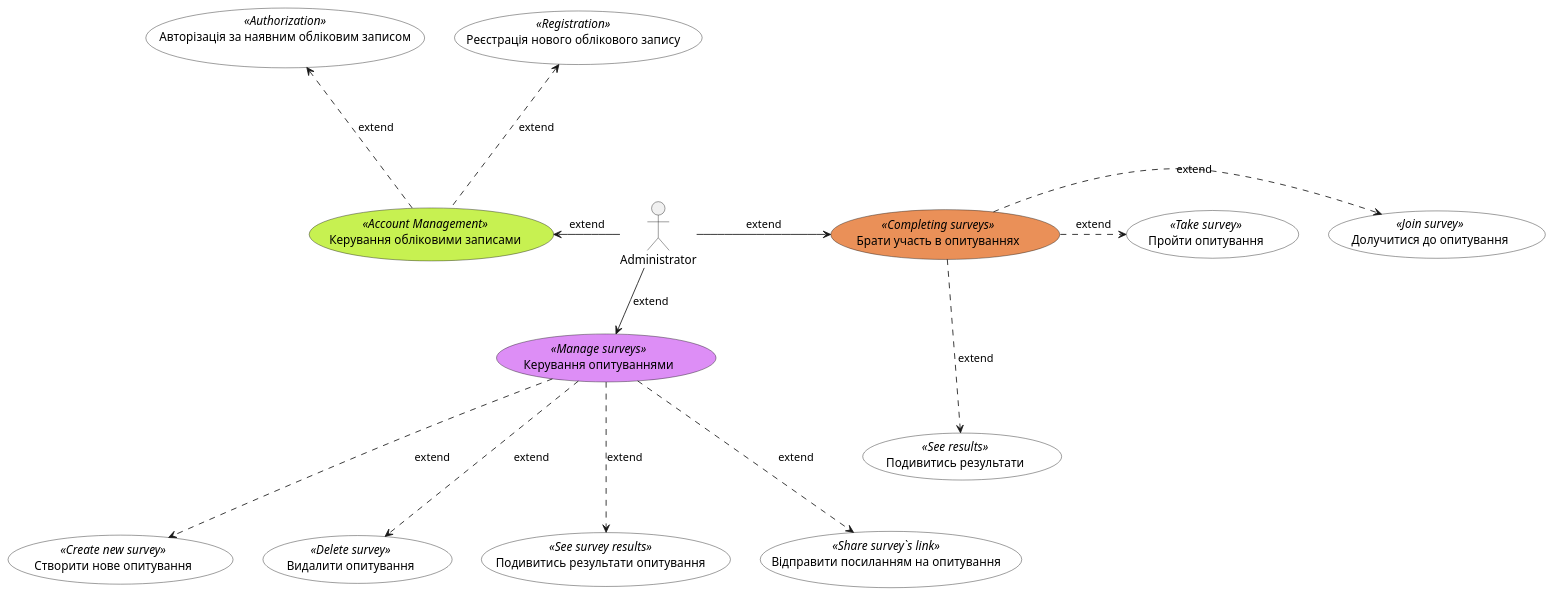
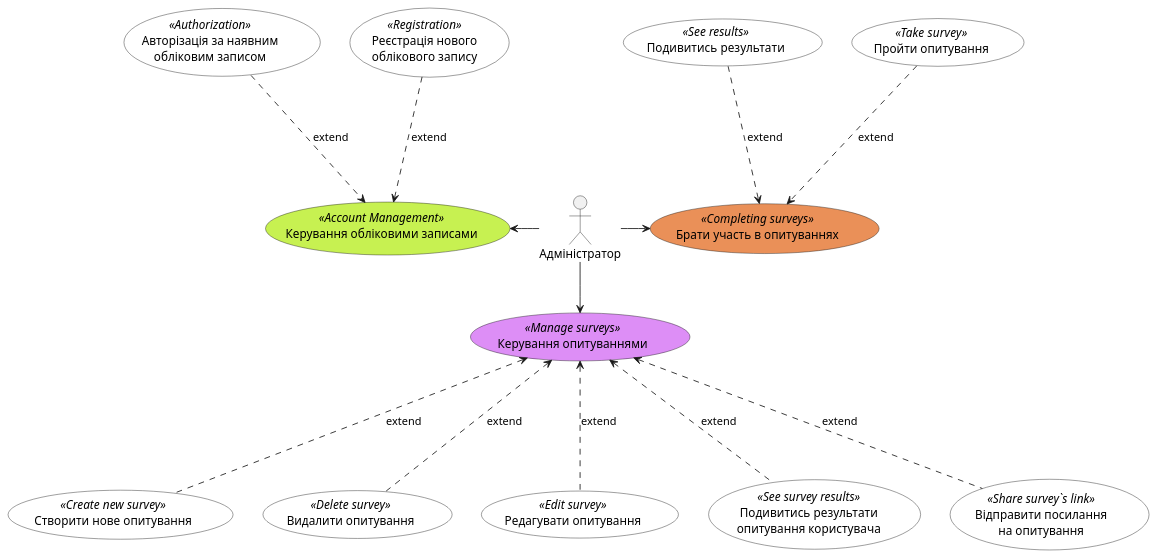
One commit to manabr0w/DB_COURSE_WORK changed the fifth of 6 diagrams in docs/use cases/README.md. Above: the diagram before and after it, drawn with PlantUML. The commit also changed other lines of this file, not shown here.

Commit message:
Update README.md
added "edit survey" use case, removed "join survey" use case for admin and user

```diff
--- a/docs/use cases/README.md
+++ b/docs/use cases/README.md
@@ -197,42 +197,42 @@
 @startuml
 
-    actor "Administrator" as Admin
+    actor "Адміністратор" as Admin
 '----------------------------------------------------------------
     'Проходження опитувань
     usecase completing_surveys as "Брати участь в опитуваннях" <<Completing surveys>> #EA9058
-    usecase join_survey as "Долучитися до опитування" <<Join survey>> #FFFFFF
     usecase take_survey as "Пройти опитування" <<Take survey>> #FFFFFF
     usecase see_results as "Подивитись результати" <<See results>> #FFFFFF
 
 
     'Керування анкетами опитуваннь
     usecase manage_surveys as "Керування опитуваннями" <<Manage surveys>> #DD8EF6
     usecase create_new_survey as "Створити нове опитування" <<Create new survey>> #FFFFFF
     usecase delete_survey as "Видалити опитування" <<Delete survey>> #FFFFFF
-    usecase see_survey_results as "Подивитись результати опитування" <<See survey results>> #FFFFFF
-    usecase share_survey_link as "Відправити посиланням на опитування" <<Share survey`s link>> #FFFFFF
+    usecase edit_survey as "Редагувати опитування" <<Edit survey>> #FFFFFF
+    usecase see_survey_results as "Подивитись результати\nопитування користувача" <<See survey results>> #FFFFFF
+    usecase share_survey_link as "Відправити посилання\nна опитування" <<Share survey`s link>> #FFFFFF
 
-    'керування обліковим записом
+    'керування обліковими записом
     usecase account_management as "Керування обліковими записами" <<Account Management>> #C7F151
-    usecase registration as "Реєстрація нового облікового запису" <<Registration>> #FFFFFF
-    usecase authorization as "Авторізація за наявним обліковим записом" <<Authorization>> #FFFFFF
+    usecase registration as "Реєстрація нового\nоблікового запису" <<Registration>> #FFFFFF
+    usecase authorization as "Авторізація за наявним\nобліковим записом" <<Authorization>> #FFFFFF
 
 '----------------------------------------------------------------
-    Admin -right-> completing_surveys: extend
-    Admin -down-> manage_surveys: extend
-    Admin -left-> account_management: extend
+    Admin -right-> completing_surveys
+    Admin -down-> manage_surveys
+    Admin -left-> account_management
 
-    completing_surveys -right-.> join_survey: extend
-    completing_surveys -right-.> take_survey: extend
-    completing_surveys -down-.> see_results: extend
+    completing_surveys <.-up- take_survey: extend
+    completing_surveys <.-up- see_results: extend
 
 
-    manage_surveys -down-.> create_new_survey: extend
-    manage_surveys -down-.> delete_survey: extend
-    manage_surveys -down-.> share_survey_link: extend
-    manage_surveys -down-.> see_survey_results: extend
+    manage_surveys <.-down- create_new_survey: extend
+    manage_surveys <.-down- delete_survey: extend
+    manage_surveys <.-down- edit_survey: extend
+    manage_surveys <.-down- share_survey_link: extend
+    manage_surveys <.-down- see_survey_results: extend
 
-    account_management -up-.> registration: extend
-    account_management -up-.> authorization: extend
+    account_management <.-up- registration: extend
+    account_management <.-up- authorization: extend
 
 @enduml
```
